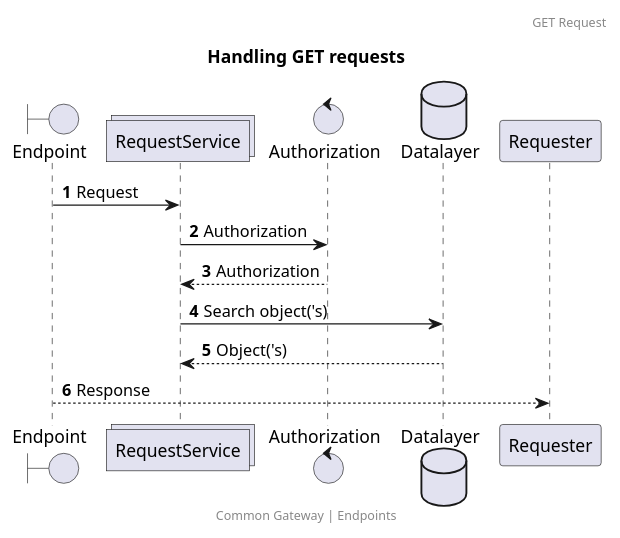
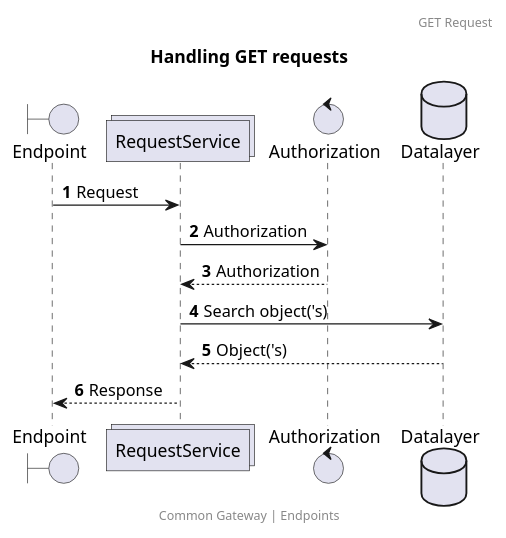
The diagram in docs/features/request_get.puml (CommonGateway/CoreBundle), drawn with PlantUML before and after one commit. The commit also changed 3 other files, not shown here.

Commit message:
Sequence fixes

```diff
--- a/docs/features/request_get.puml
+++ b/docs/features/request_get.puml
@@ -1,18 +1,18 @@
 @startuml
 title: Handling GET requests
 footer: Common Gateway | Endpoints
 header: GET Request
 autonumber
 
 boundary    Endpoint         as Endpoint
 collections RequestService   as RequestService
 control     Authorization    as Authorization
 database    Datalayer        as Datalayer
 
 Endpoint -> RequestService: Request
 RequestService -> Authorization  : Authorization
 Authorization --> RequestService  : Authorization
 RequestService -> Datalayer : Search object('s)
 Datalayer --> RequestService: Object('s)
-Endpoint --> Requester: Response
+RequestService --> Endpoint: Response
 @enduml
```
